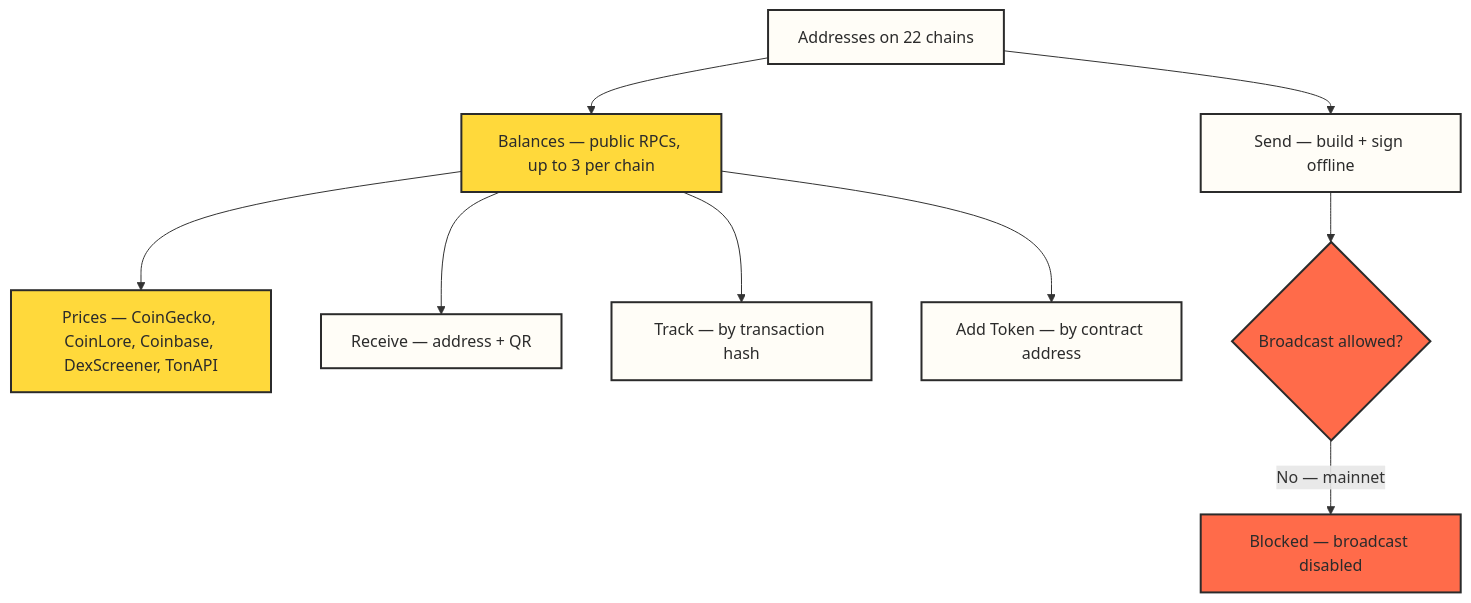
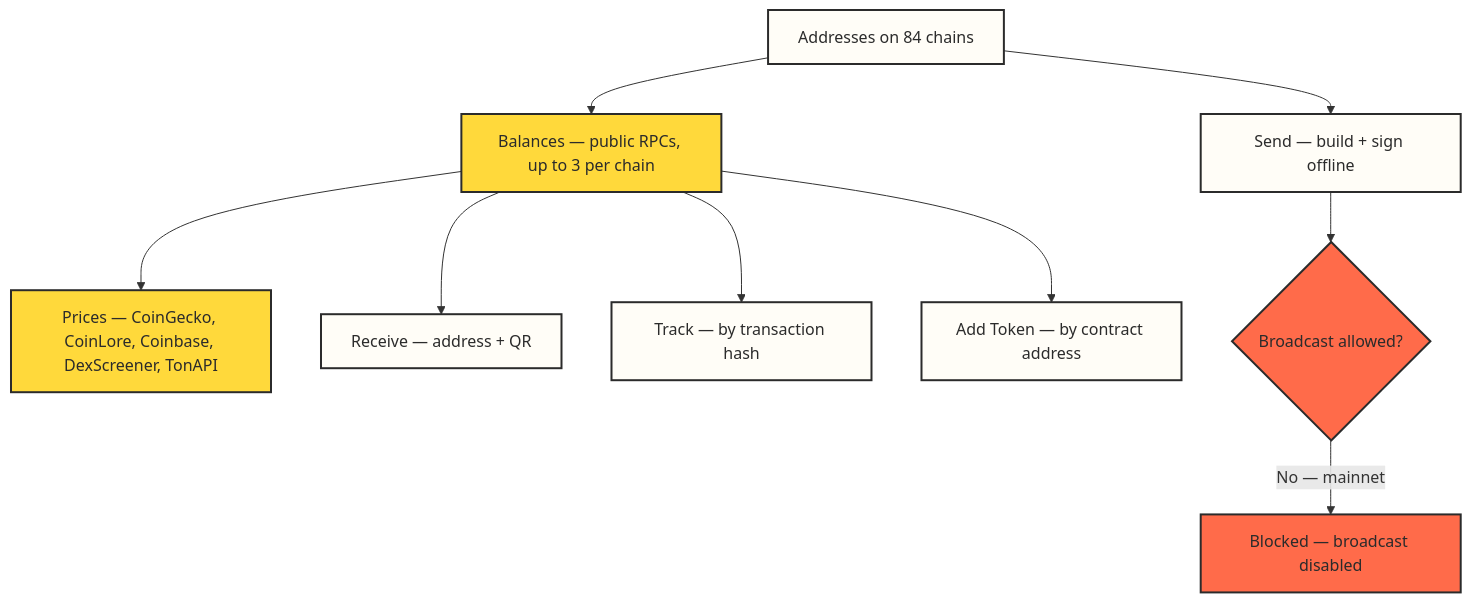
The third of 3 diagrams in docs/HOW-IT-WORKS.md (Pr3eve6ti2o/bawa), drawn with Mermaid before and after one commit. The commit also changed other lines of this file and 136 other files, not shown here.

````diff
--- a/docs/HOW-IT-WORKS.md
+++ b/docs/HOW-IT-WORKS.md
@@ -84,24 +84,24 @@
 ```mermaid
 flowchart TB
     accTitle: Balances, prices and flows
     accDescr: Addresses feed public RPC balances and cached prices; Receive, Track and Add Token read them, and Send stops at a disabled broadcast.
 
-    addrs2["Addresses on 22 chains"] --> balances["Balances — public RPCs, up to 3 per chain"]
+    addrs2["Addresses on 84 chains"] --> balances["Balances — public RPCs, up to 3 per chain"]
     balances --> prices["Prices — CoinGecko, CoinLore, Coinbase, DexScreener, TonAPI"]
     balances --> receive["Receive — address + QR"]
     balances --> track["Track — by transaction hash"]
     balances --> addtoken["Add Token — by contract address"]
     addrs2 --> send["Send — build + sign offline"]
     send --> guard{"Broadcast allowed?"}
     guard -->|No — mainnet| blocked["Blocked — broadcast disabled"]
 
     classDef guide fill:#FFFDF7,stroke:#2B2B2B,stroke-width:2px,color:#2B2B2B
     classDef sun fill:#FFD93B,stroke:#2B2B2B,stroke-width:2px,color:#2B2B2B
     classDef coral fill:#FF6B4A,stroke:#2B2B2B,stroke-width:2px,color:#2B2B2B
     classDef plain fill:#FFFDF7,stroke:#2B2B2B,stroke-width:2px,color:#2B2B2B
 
     class addrs2 guide
     class balances,prices sun
     class guard,blocked coral
     class receive,track,addtoken,send plain
 ```
````
